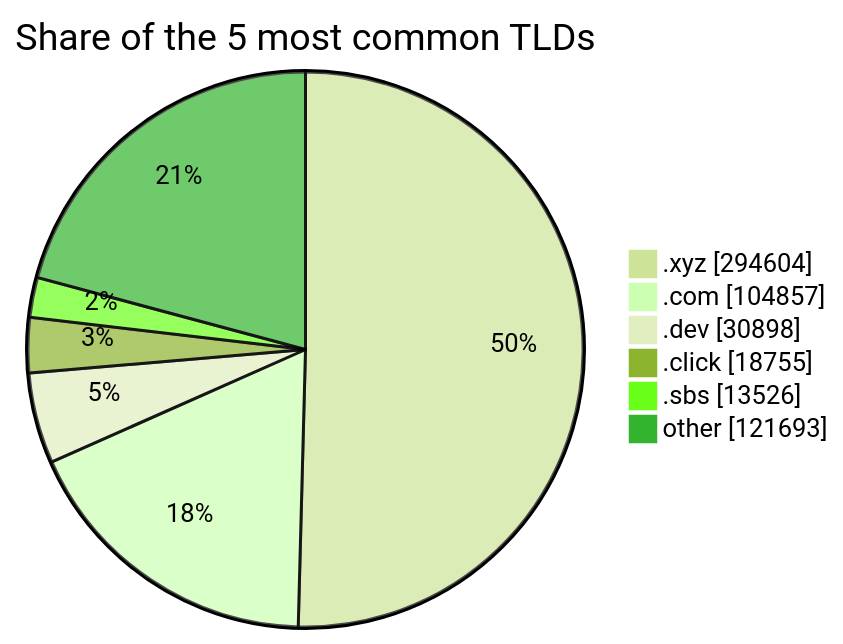
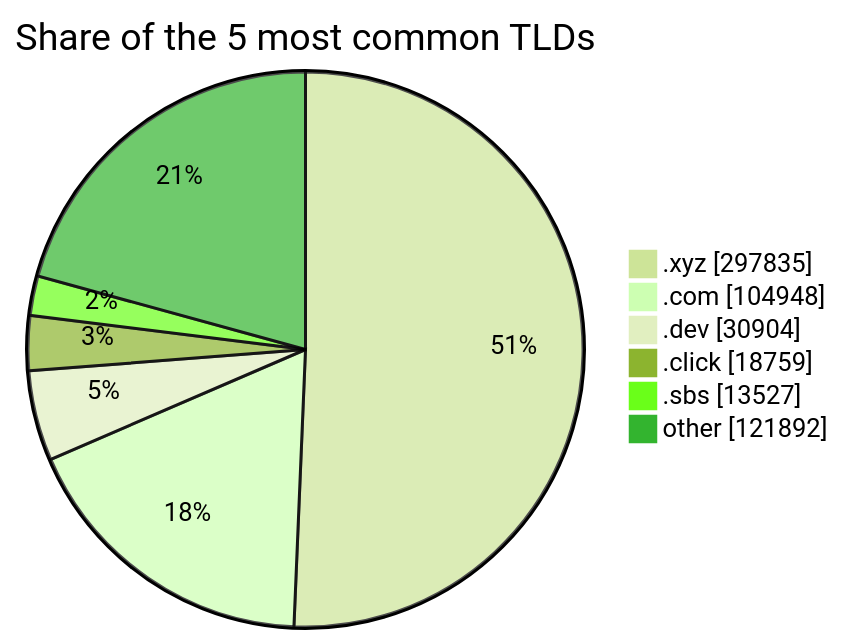
Before and after one commit to DNSBunker/CTI: the third of 3 diagrams in README.md, drawn with Mermaid (forest theme). The commit also changed other lines of this file and 3 other files, not shown here.

````diff
--- a/README.md
+++ b/README.md
@@ -81,9 +81,9 @@
 ```mermaid
 pie showData title Share of the 5 most common TLDs
-    ".xyz" : 294604
-    ".com" : 104857
-    ".dev" : 30898
-    ".click" : 18755
-    ".sbs" : 13526
-    "other" : 121693
+    ".xyz" : 297835
+    ".com" : 104948
+    ".dev" : 30904
+    ".click" : 18759
+    ".sbs" : 13527
+    "other" : 121892
 ```
````
